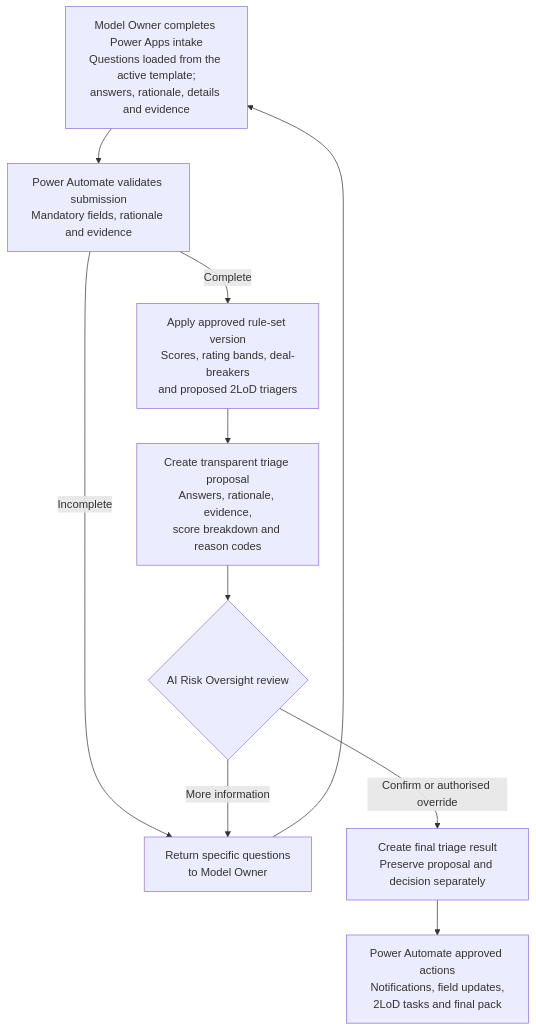
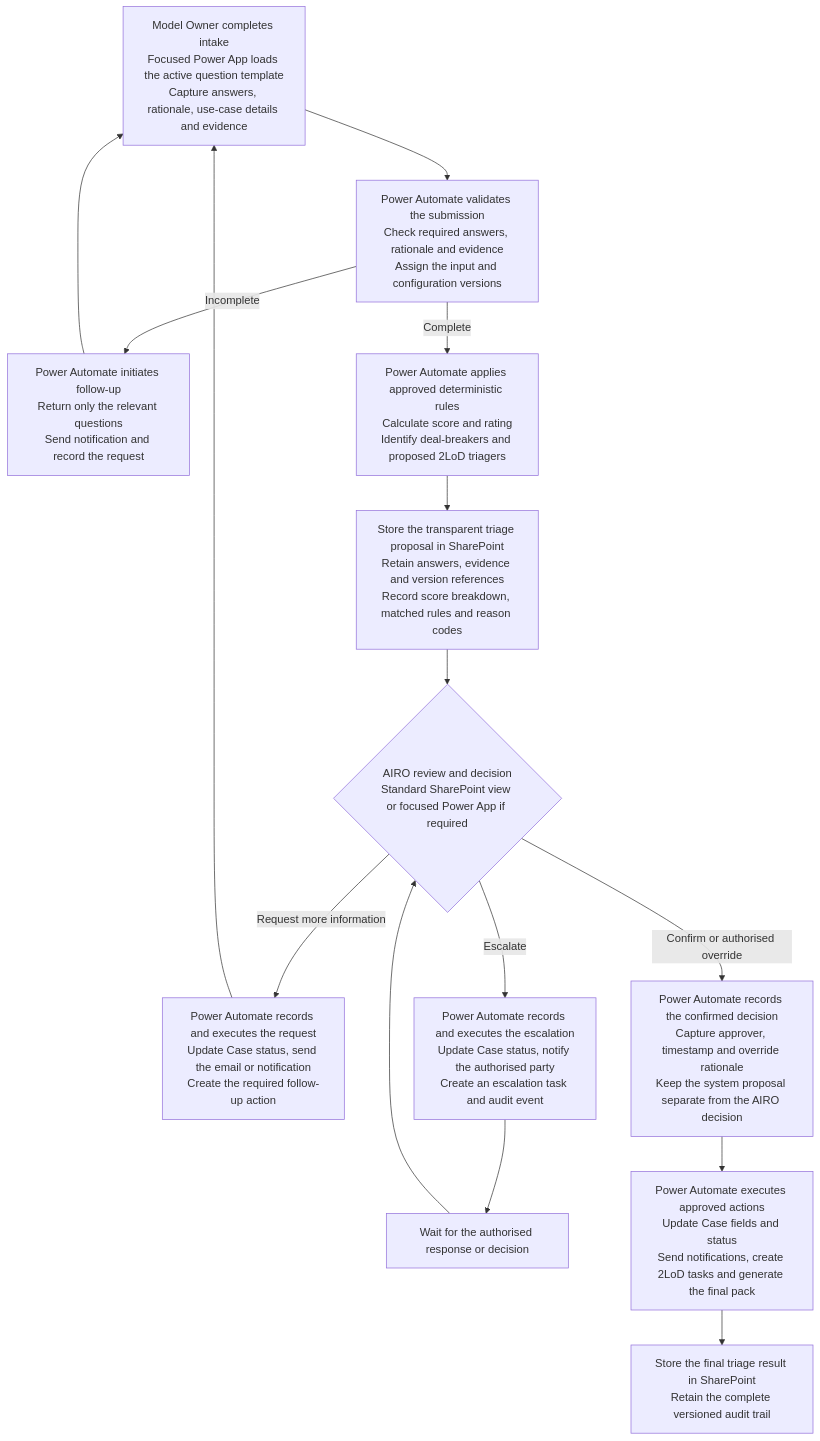
The first of 2 diagrams in AI-Risk-Triage-V1-Blueprint.md (phd08bl/model_registry_hugging), drawn with Mermaid before and after one commit. The commit also changed other lines of this file and 1 other file, not shown here.

````diff
--- a/AI-Risk-Triage-V1-Blueprint.md
+++ b/AI-Risk-Triage-V1-Blueprint.md
@@ -13,12 +13,31 @@
 ```mermaid
 flowchart TD
-    A["Model Owner completes Power Apps intake<br/>Questions loaded from the active template;<br/>answers, rationale, details and evidence"] --> B["Power Automate validates submission<br/>Mandatory fields, rationale and evidence"]
-    B -->|Incomplete| C["Return specific questions<br/>to Model Owner"]
+    A["Model Owner completes intake<br/>Focused Power App loads the active question template<br/>Capture answers, rationale, use-case details and evidence"]
+
+    A --> B["Power Automate validates the submission<br/>Check required answers, rationale and evidence<br/>Assign the input and configuration versions"]
+
+    B -->|Incomplete| C["Power Automate initiates follow-up<br/>Return only the relevant questions<br/>Send notification and record the request"]
+
     C --> A
-    B -->|Complete| D["Apply approved rule-set version<br/>Scores, rating bands, deal-breakers<br/>and proposed 2LoD triagers"]
-    D --> E["Create transparent triage proposal<br/>Answers, rationale, evidence,<br/>score breakdown and reason codes"]
-    E --> F{"AI Risk Oversight review"}
-    F -->|More information| C
-    F -->|Confirm or authorised override| G["Create final triage result<br/>Preserve proposal and decision separately"]
-    G --> H["Power Automate approved actions<br/>Notifications, field updates,<br/>2LoD tasks and final pack"]
+
+    B -->|Complete| D["Power Automate applies approved deterministic rules<br/>Calculate score and rating<br/>Identify deal-breakers and proposed 2LoD triagers"]
+
+    D --> E["Store the transparent triage proposal in SharePoint<br/>Retain answers, evidence and version references<br/>Record score breakdown, matched rules and reason codes"]
+
+    E --> F{"AIRO review and decision<br/>Standard SharePoint view or focused Power App if required"}
+
+    F -->|Request more information| I["Power Automate records and executes the request<br/>Update Case status, send the email or notification<br/>Create the required follow-up action"]
+
+    I --> A
+
+    F -->|Escalate| J["Power Automate records and executes the escalation<br/>Update Case status, notify the authorised party<br/>Create an escalation task and audit event"]
+
+    J --> K["Wait for the authorised response or decision"]
+    K --> F
+
+    F -->|Confirm or authorised override| G["Power Automate records the confirmed decision<br/>Capture approver, timestamp and override rationale<br/>Keep the system proposal separate from the AIRO decision"]
+
+    G --> H["Power Automate executes approved actions<br/>Update Case fields and status<br/>Send notifications, create 2LoD tasks and generate the final pack"]
+
+    H --> L["Store the final triage result in SharePoint<br/>Retain the complete versioned audit trail"]
 ```
````
